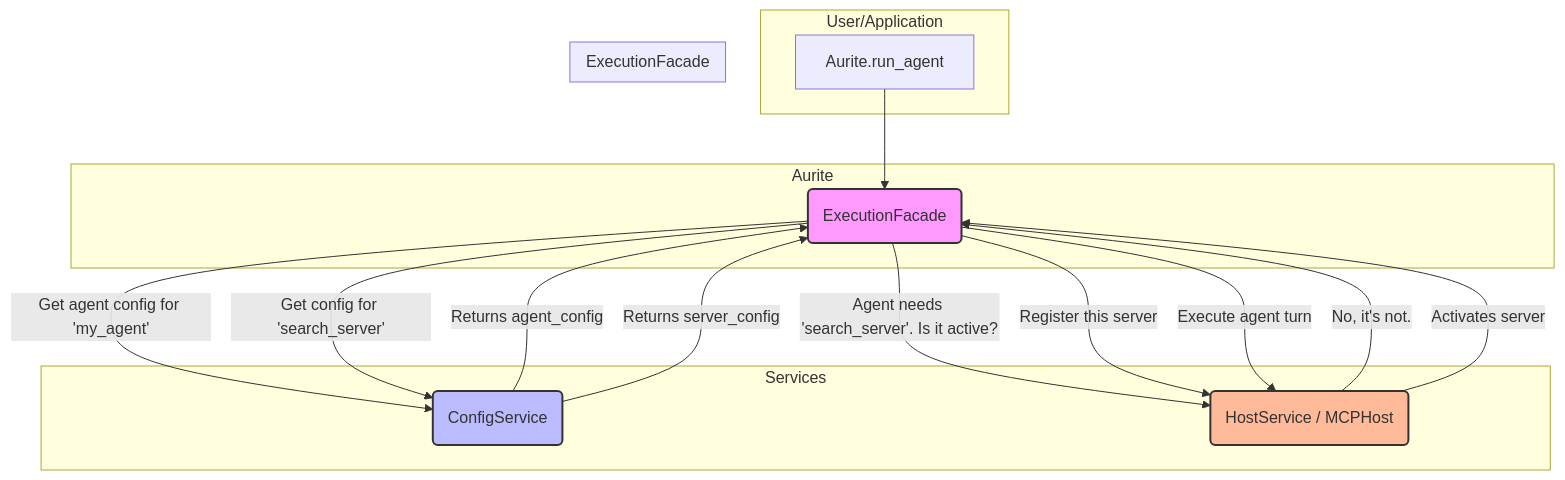
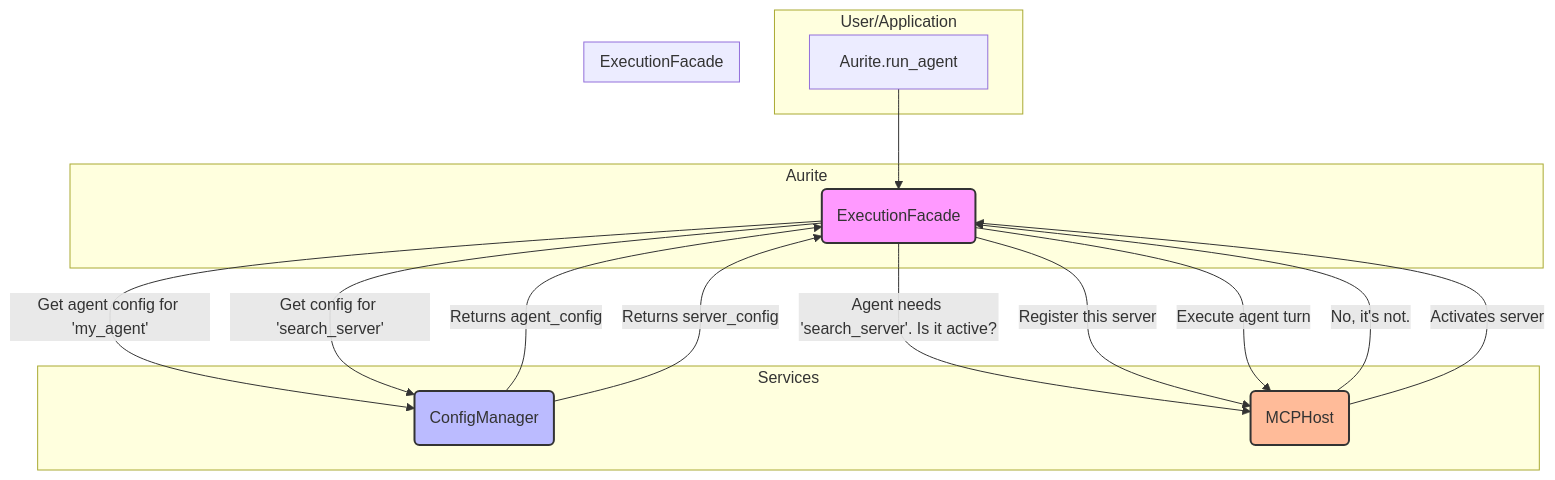
The diagram in docs/design/aura_configuration_and_lifecycle.md (Aurite-ai/aurite-agents), drawn with Mermaid before and after one commit. The commit also changed other lines of this file and 2 other files, not shown here.

Commit message:
new config system design

````diff
--- a/docs/design/aura_configuration_and_lifecycle.md
+++ b/docs/design/aura_configuration_and_lifecycle.md
@@ -77,33 +78,33 @@
 ```mermaid
 graph TD
     subgraph User/Application
         A[Aurite.run_agent]
     end
 
     subgraph Aurite
         B(ExecutionFacade)
     end
 
     subgraph Services
-        C(ConfigService)
-        D(HostService / MCPHost)
+        C(ConfigManager)
+        D(MCPHost)
     end
 
     A --> B
 
     subgraph ExecutionFacade
         B -- Get agent config for 'my_agent' --> C
         C -- Returns agent_config --> B
         B -- Agent needs 'search_server'. Is it active? --> D
         D -- No, it's not. --> B
         B -- Get config for 'search_server' --> C
         C -- Returns server_config --> B
         B -- Register this server --> D
         D -- Activates server --> B
         B -- Execute agent turn --> D
     end
 
     style B fill:#f9f,stroke:#333,stroke-width:2px
     style C fill:#bbf,stroke:#333,stroke-width:2px
     style D fill:#fb9,stroke:#333,stroke-width:2px
 ```
````
